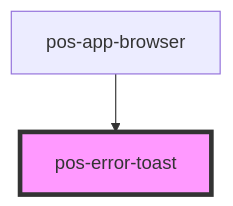
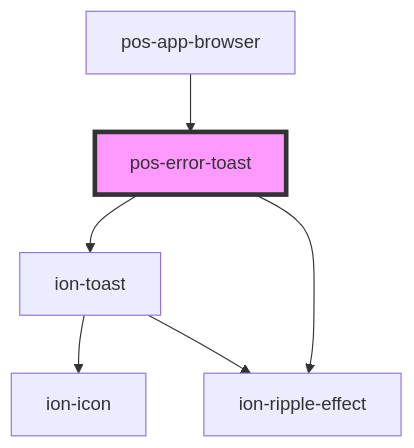
Before and after one commit to pod-os/PodOS: the diagram in docs/elements/components/pos-error-toast/readme.md, drawn with Mermaid. The commit also changed other lines of this file and 6 other files, not shown here.

````diff
--- a/docs/elements/components/pos-error-toast/readme.md
+++ b/docs/elements/components/pos-error-toast/readme.md
@@ -15,5 +20,9 @@
 ```mermaid
 graph TD;
+  pos-error-toast --> ion-toast
+  pos-error-toast --> ion-ripple-effect
+  ion-toast --> ion-icon
+  ion-toast --> ion-ripple-effect
   pos-app-browser --> pos-error-toast
   style pos-error-toast fill:#f9f,stroke:#333,stroke-width:4px
 ```
````
